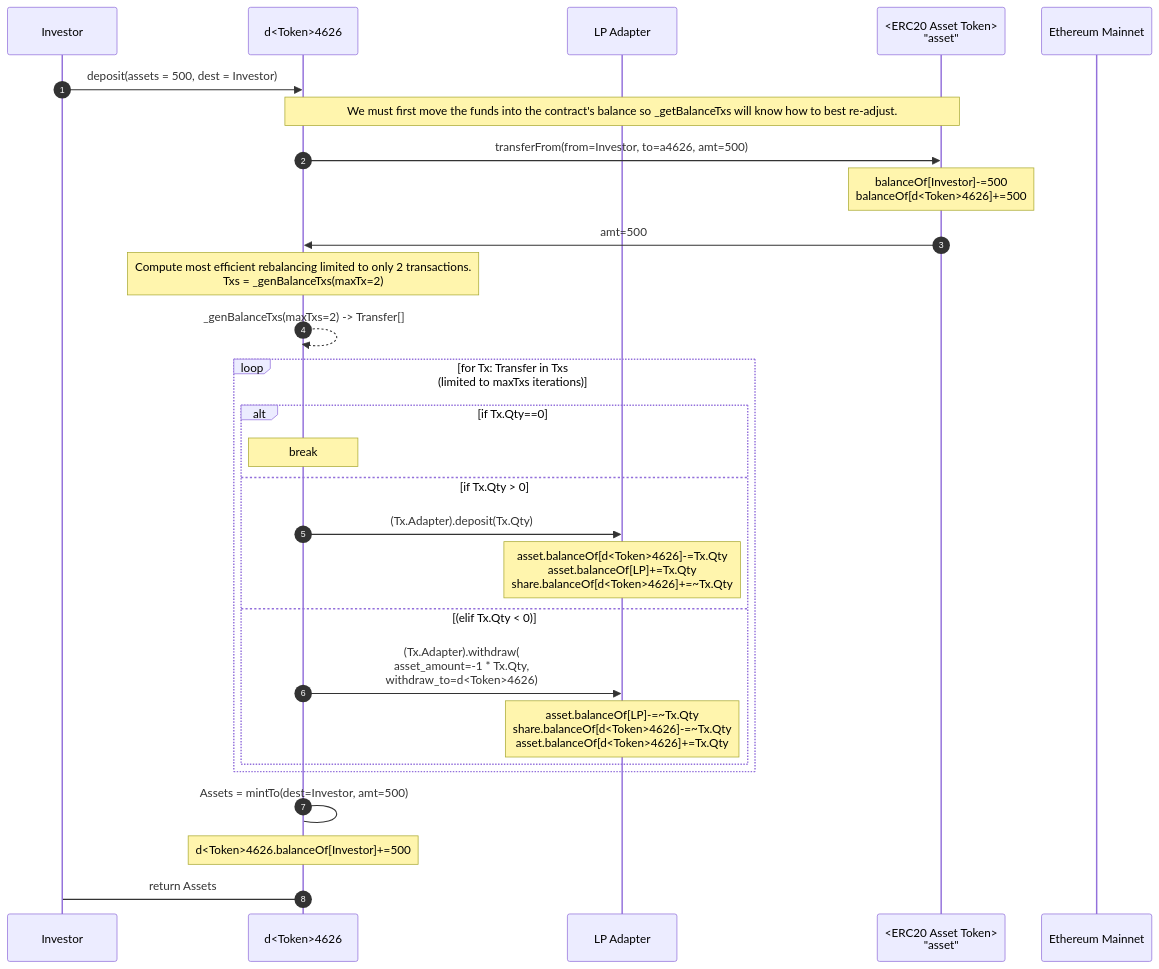
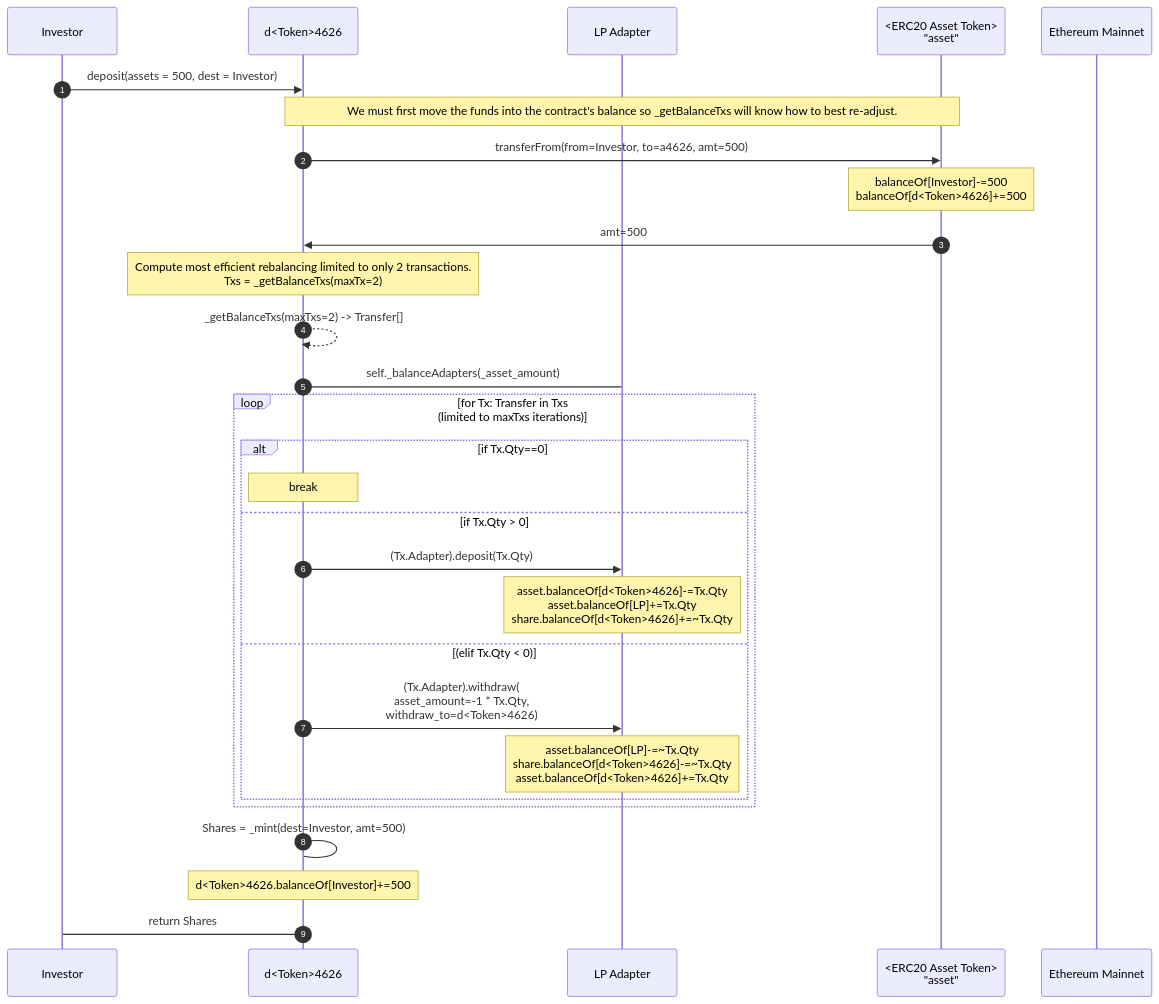
The first of 5 diagrams in docs/Dynamo4626.md (DynamoFinance/vault), drawn with Mermaid before and after one commit. The commit also changed other lines of this file and 3 other files, not shown here.

Commit message:
Updated sequence diagrams for Dynamo4626.md

````diff
--- a/docs/Dynamo4626.md
+++ b/docs/Dynamo4626.md
@@ -50,43 +50,42 @@
 ```mermaid
 sequenceDiagram
     participant u as Investor
     participant a4626 as d<Token>4626
     participant lpa as LP Adapter
     participant asset as <ERC20 Asset Token><br>"asset"
     #participant lp as LP
     #participant share as <ERC20 LP Share>
     participant eth as Ethereum Mainnet
   
     autonumber
     u->>a4626:deposit(assets = 500, dest = Investor)
 
         note over a4626, asset: We must first move the funds into the contract's balance so _getBalanceTxs will know how to best re-adjust.     
         a4626->>asset: transferFrom(from=Investor, to=a4626, amt=500)
+
         Note over asset: balanceOf[Investor]-=500<br>balanceOf[d<Token>4626]+=500
         asset->>a4626: amt=500
       
-  
-        Note over a4626: Compute most efficient rebalancing limited to only 2 transactions.<br>Txs = _genBalanceTxs(maxTx=2)
-        a4626-->>a4626: _genBalanceTxs(maxTxs=2) -> Transfer[]
+        Note over a4626: Compute most efficient rebalancing limited to only 2 transactions.<br>Txs = _getBalanceTxs(maxTx=2)
+        a4626-->>a4626: _getBalanceTxs(maxTxs=2) -> Transfer[]
+        
+        a4626->lpa: self._balanceAdapters(_asset_amount)
+
         loop for Tx: Transfer in Txs<br>(limited to maxTxs iterations)
             alt if Tx.Qty==0
                 note over a4626: break
             else if Tx.Qty > 0
                 a4626->>lpa: (Tx.Adapter).deposit(Tx.Qty)
                     note over lpa: asset.balanceOf[d<Token>4626]-=Tx.Qty<br>asset.balanceOf[LP]+=Tx.Qty<br>share.balanceOf[d<Token>4626]+=~Tx.Qty
                       
             else (elif Tx.Qty < 0)
                 a4626->>lpa: (Tx.Adapter).withdraw(<br>asset_amount=-1 * Tx.Qty,<br>withdraw_to=d<Token>4626)
                     note over lpa: asset.balanceOf[LP]-=~Tx.Qty<br>share.balanceOf[d<Token>4626]-=~Tx.Qty<br>asset.balanceOf[d<Token>4626]+=Tx.Qty
             end
         end
       
-        a4626->a4626: Assets = mintTo(dest=Investor, amt=500)
+        a4626->a4626: Shares = _mint(dest=Investor, amt=500)
             note over a4626:d<Token>4626.balanceOf[Investor]+=500
       
-        a4626->u: return Assets
-      
-               
-  
-  
+        a4626->u: return Shares  
 ```
````
